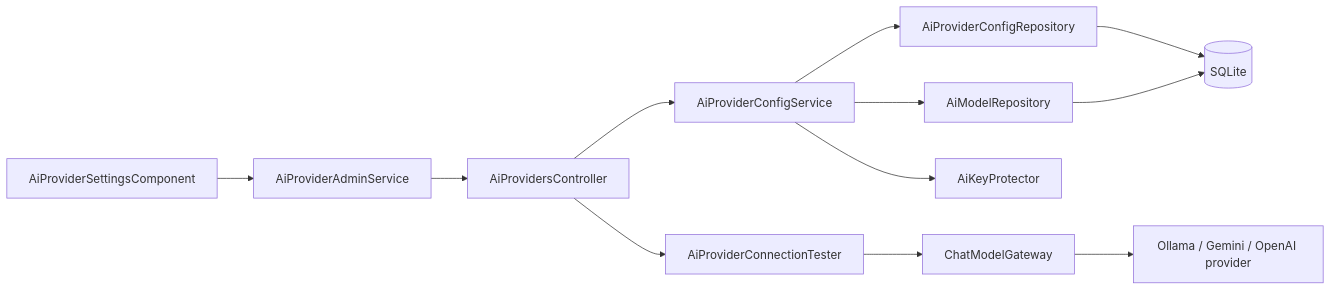
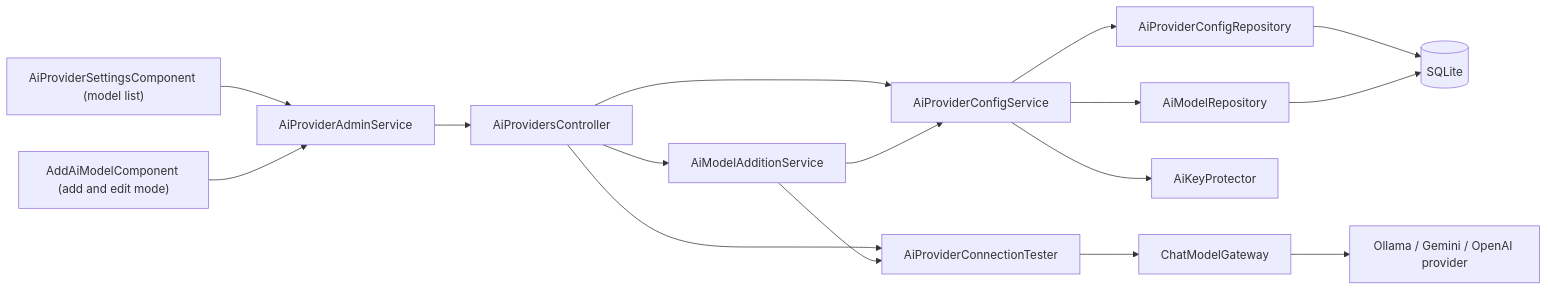
Before and after one commit to jojogeorge3344/TaskFlow-Project: the first of 4 diagrams in TF - Documents/TFTechnicalWorkflow/Tech WF in MD/08-Settings/08.4-TFA-Settings.md, drawn with Mermaid. The commit also changed other lines of this file and 103 other files, not shown here.

First line of the commit message:
feat(tfa): add AI model page, model ID check, read-only model list and edit

````diff
--- a/TF - Documents/TFTechnicalWorkflow/Tech WF in MD/08-Settings/08.4-TFA-Settings.md
+++ b/TF - Documents/TFTechnicalWorkflow/Tech WF in MD/08-Settings/08.4-TFA-Settings.md
@@ -16,13 +16,17 @@
 ```mermaid
 flowchart LR
-  UI["AiProviderSettingsComponent"] --> FS["AiProviderAdminService"]
+  UI["AiProviderSettingsComponent (model list)"] --> FS["AiProviderAdminService"]
+  ADD["AddAiModelComponent (add and edit mode)"] --> FS
   FS --> CTRL["AiProvidersController"]
   CTRL --> CS["AiProviderConfigService"]
   CTRL --> CT["AiProviderConnectionTester"]
+  CTRL --> MA["AiModelAdditionService"]
+  MA --> CS
+  MA --> CT
   CS --> CR["AiProviderConfigRepository"]
   CS --> MR["AiModelRepository"]
   CS --> KP["AiKeyProtector"]
   CR --> DB[("SQLite")]
   MR --> DB
   CT --> GW["ChatModelGateway"] --> PC["Ollama / Gemini / OpenAI provider"]
 ```
````
